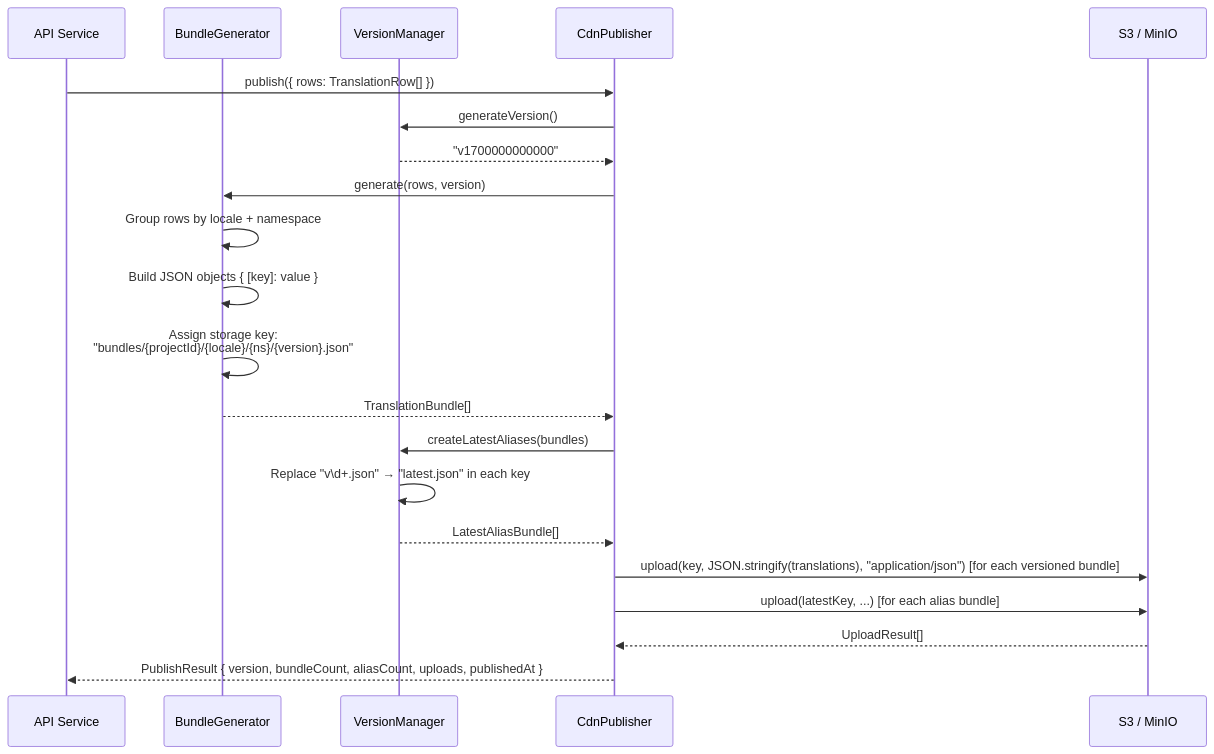
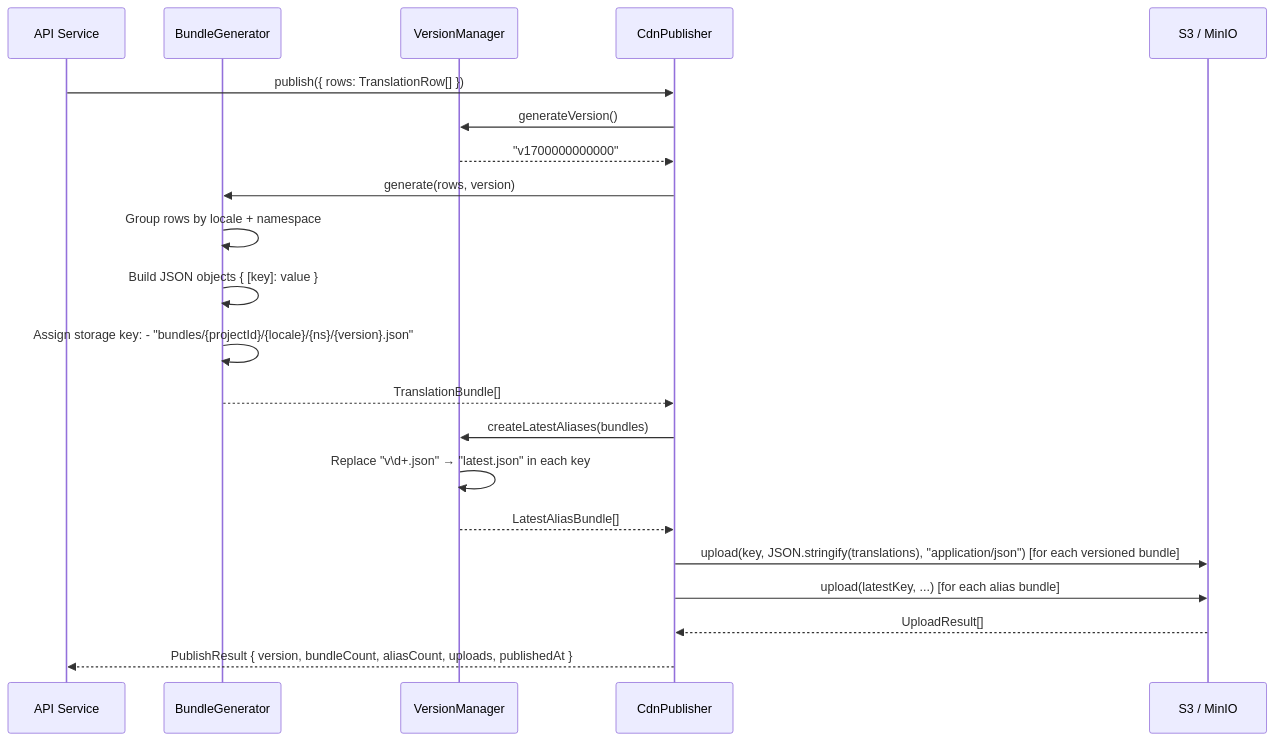
One commit to ayush-jadaun/i18n changed the sixth of 7 diagrams in docs/LLD.md. Above: the diagram before and after it, drawn with Mermaid. The commit also changed other lines of this file and 1 other file, not shown here.

Commit message:
fix: repair Mermaid diagrams in HLD and LLD for GitHub rendering

````diff
--- a/docs/LLD.md
+++ b/docs/LLD.md
@@ -687,24 +687,24 @@
 ```mermaid
 sequenceDiagram
     participant API as API Service
     participant BG as BundleGenerator
     participant VM as VersionManager
     participant PUB as CdnPublisher
     participant S3 as S3 / MinIO
 
     API->>PUB: publish({ rows: TranslationRow[] })
     PUB->>VM: generateVersion()
     VM-->>PUB: "v1700000000000"
     PUB->>BG: generate(rows, version)
     BG->>BG: Group rows by locale + namespace
     BG->>BG: Build JSON objects { [key]: value }
-    BG->>BG: Assign storage key:<br/>"bundles/{projectId}/{locale}/{ns}/{version}.json"
+    BG->>BG: Assign storage key: - "bundles/{projectId}/{locale}/{ns}/{version}.json"
     BG-->>PUB: TranslationBundle[]
     PUB->>VM: createLatestAliases(bundles)
     VM->>VM: Replace "v\d+.json" → "latest.json" in each key
     VM-->>PUB: LatestAliasBundle[]
     PUB->>S3: upload(key, JSON.stringify(translations), "application/json") [for each versioned bundle]
     PUB->>S3: upload(latestKey, ...) [for each alias bundle]
     S3-->>PUB: UploadResult[]
     PUB-->>API: PublishResult { version, bundleCount, aliasCount, uploads, publishedAt }
 ```
````
